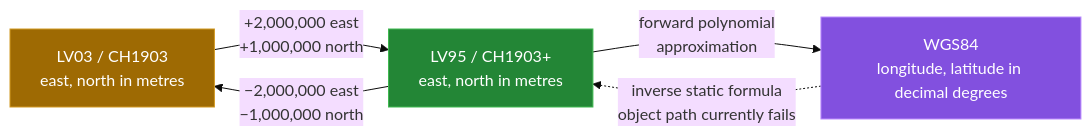
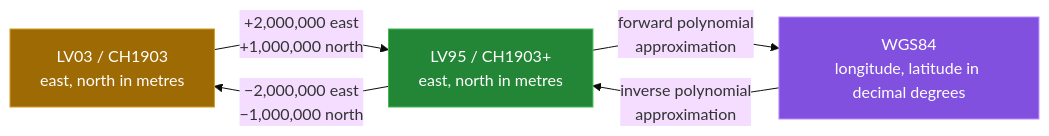
One commit to Bissbert/SwissToWGS4j changed the first of 2 diagrams in README.md. Above: the diagram before and after it, drawn with Mermaid (base theme). The commit also changed other lines of this file and 4 other files, not shown here.

````diff
--- a/README.md
+++ b/README.md
@@ -10,15 +10,15 @@
 ```mermaid
 flowchart LR
     A["LV03 / CH1903<br/>east, north in metres"]
     B["LV95 / CH1903+<br/>east, north in metres"]
     C["WGS84<br/>longitude, latitude in decimal degrees"]
 
     A -->|"+2,000,000 east<br/>+1,000,000 north"| B
     B -->|"forward polynomial<br/>approximation"| C
-    C -.->|"inverse static formula<br/>object path currently fails"| B
+    C -->|"inverse polynomial<br/>approximation"| B
     B -->|"−2,000,000 east<br/>−1,000,000 north"| A
 
     style A fill:#9e6a03,stroke:#d29922,color:#fff
     style B fill:#238636,stroke:#3fb950,color:#fff
     style C fill:#8250df,stroke:#bc8cff,color:#fff
 ```
````
